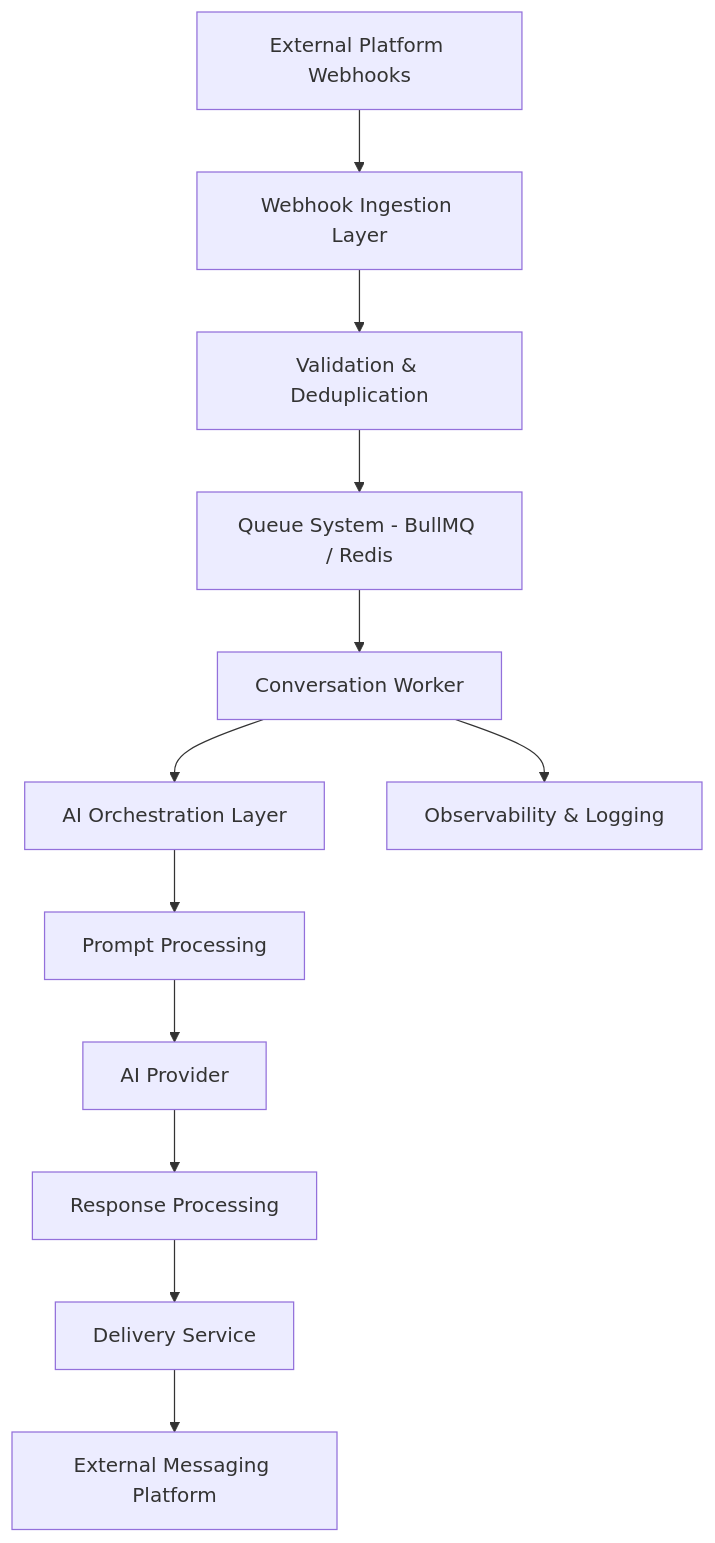
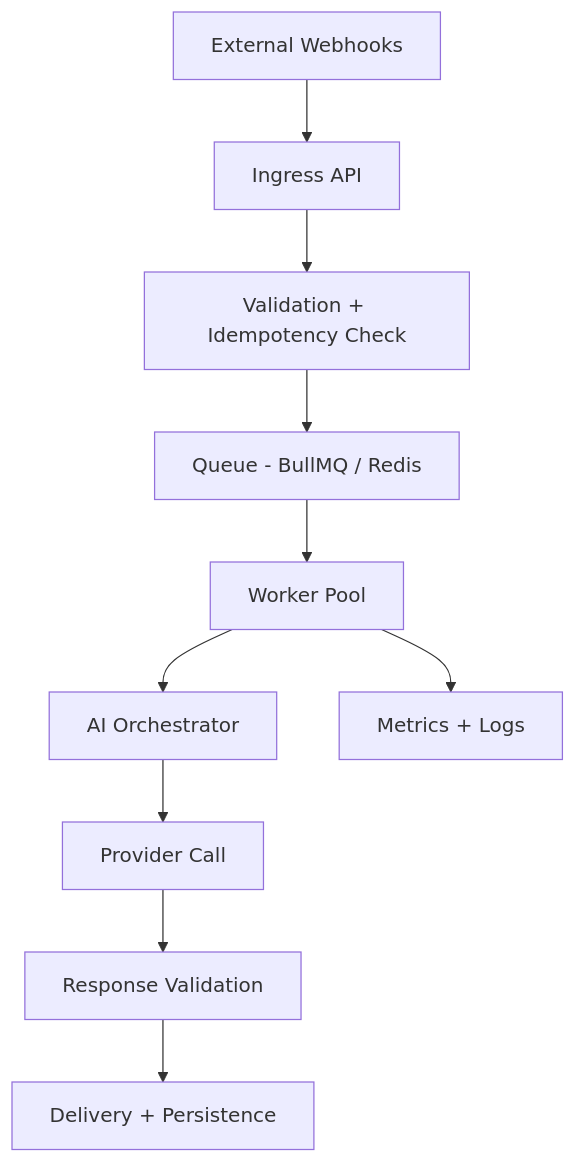
Before and after one commit to Ahsankhalid618/ai-automation-system-design: the diagram in README.md, drawn with Mermaid. The commit also changed other lines of this file and 9 other files, not shown here.

````diff
--- a/README.md
+++ b/README.md
@@ -58,25 +52,12 @@
 ```mermaid
 flowchart TD
-
-A[External Platform Webhooks] --> B[Webhook Ingestion Layer]
-
-B --> C[Validation & Deduplication]
-
-C --> D[Queue System - BullMQ / Redis]
-
-D --> E[Conversation Worker]
-
-E --> F[AI Orchestration Layer]
-
-F --> G[Prompt Processing]
-
-G --> H[AI Provider]
-
-H --> I[Response Processing]
-
-I --> J[Delivery Service]
-
-J --> K[External Messaging Platform]
-
-E --> L[Observability & Logging]
+A[External Webhooks] --> B[Ingress API]
+B --> C[Validation + Idempotency Check]
+C --> D[Queue - BullMQ / Redis]
+D --> E[Worker Pool]
+E --> F[AI Orchestrator]
+F --> G[Provider Call]
+G --> H[Response Validation]
+H --> I[Delivery + Persistence]
+E --> J[Metrics + Logs]
 ```
````
